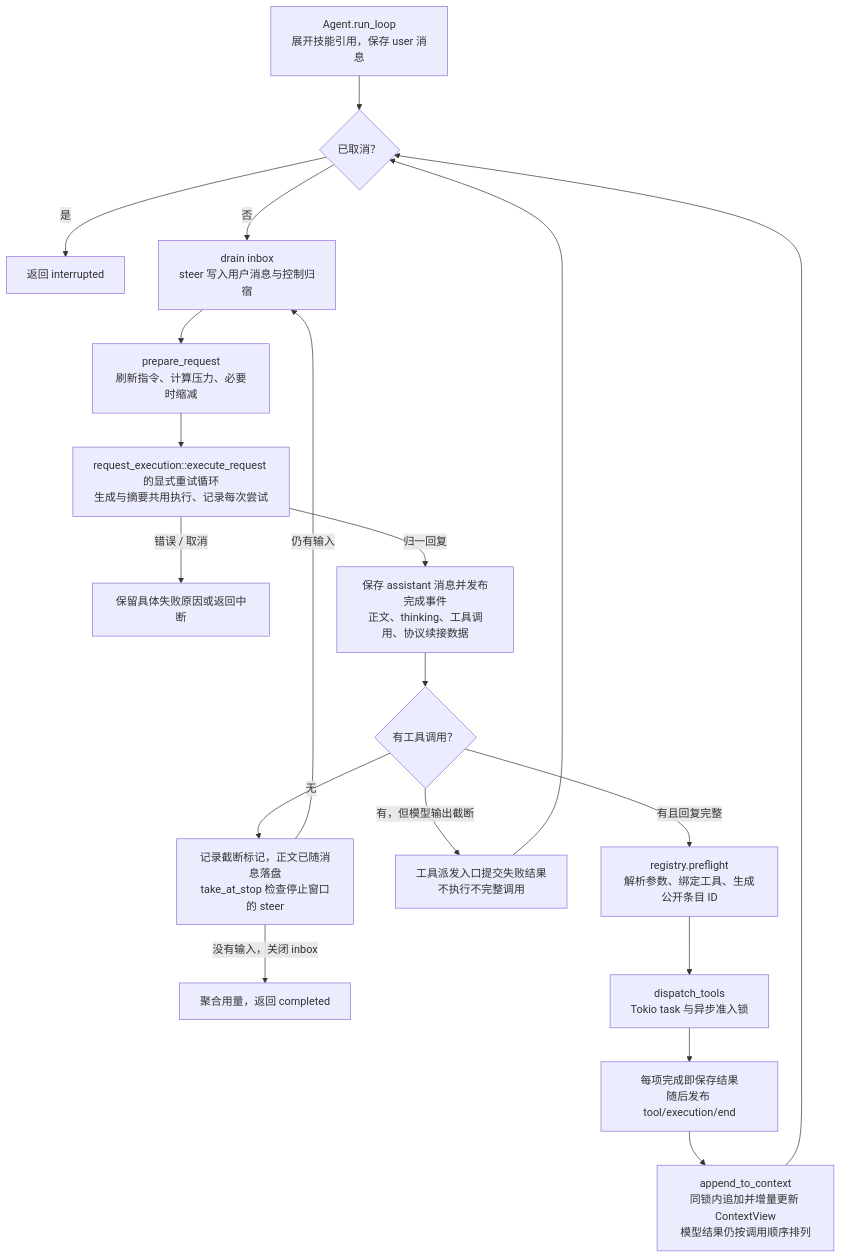
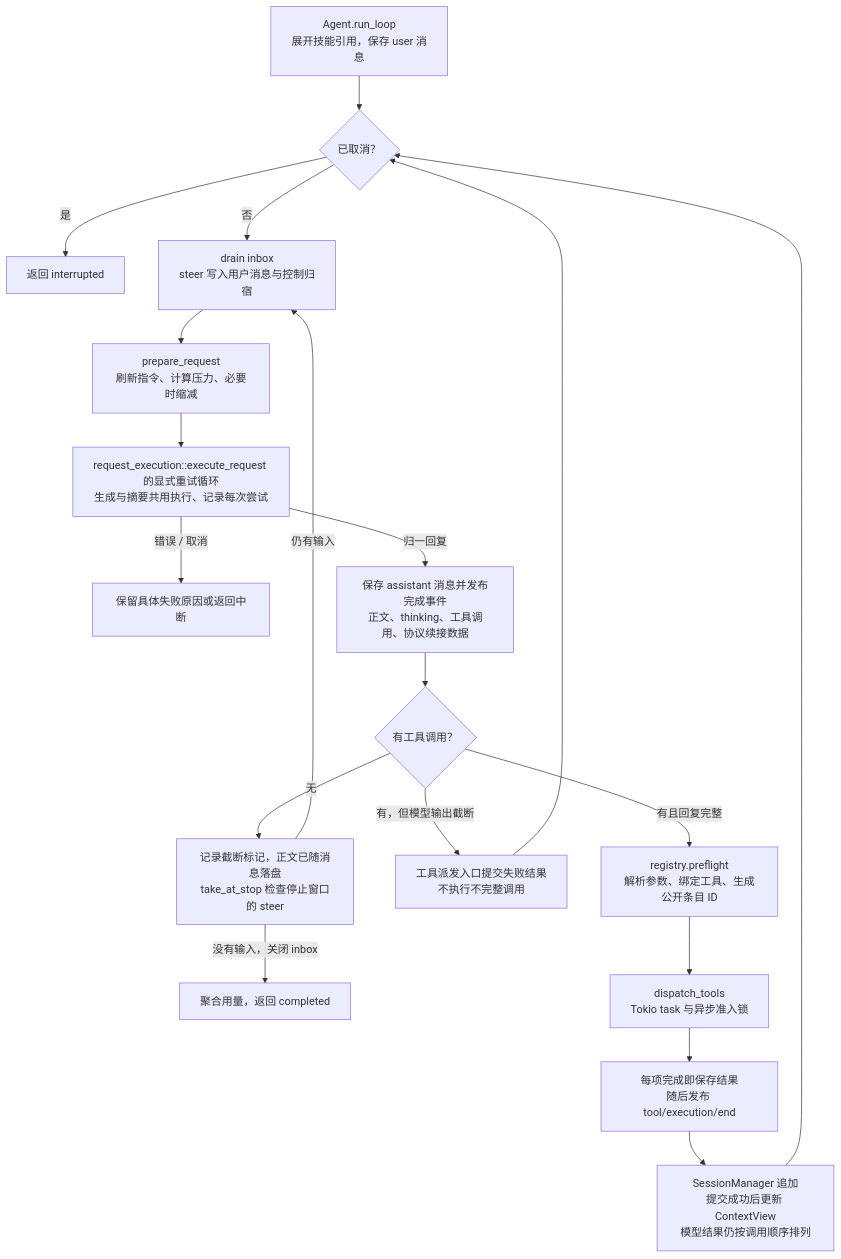
One commit to qjcnmd/singularity-agent changed diagram 14 of 29 in docs/architecture.md. Above: the diagram before and after it, drawn with Mermaid. The commit also changed other lines of this file and 19 other files, not shown here.

Commit message:
Move context usage tracking into the session ledger

````diff
--- a/docs/architecture.md
+++ b/docs/architecture.md
@@ -395,21 +396,21 @@
 ```mermaid
 flowchart TB
     Input["Agent.run_loop<br/>展开技能引用，保存 user 消息"] --> Cancel{"已取消？"}
     Cancel -->|"是"| Abort["返回 interrupted"]
     Cancel -->|"否"| Inbox["drain inbox<br/>steer 写入用户消息与控制归宿"]
     Inbox --> Prepare["prepare_request<br/>刷新指令、计算压力、必要时缩减"]
     Prepare --> Request["request_execution::execute_request 的显式重试循环<br/>生成与摘要共用执行、记录每次尝试"]
     Request -->|"错误 / 取消"| Failure["保留具体失败原因或返回中断"]
     Request -->|"归一回复"| Assistant["保存 assistant 消息并发布完成事件<br/>正文、thinking、工具调用、协议续接数据"]
     Assistant --> Calls{"有工具调用？"}
     Calls -->|"无"| Stop["记录截断标记，正文已随消息落盘<br/>take_at_stop 检查停止窗口的 steer"]
     Stop -->|"仍有输入"| Inbox
     Stop -->|"没有输入，关闭 inbox"| Completed["聚合用量，返回 completed"]
     Calls -->|"有，但模型输出截断"| Truncated["工具派发入口提交失败结果<br/>不执行不完整调用"]
     Truncated --> Cancel
     Calls -->|"有且回复完整"| Preflight["registry.preflight<br/>解析参数、绑定工具、生成公开条目 ID"]
     Preflight --> Dispatch["dispatch_tools<br/>Tokio task 与异步准入锁"]
     Dispatch --> Results["每项完成即保存结果<br/>随后发布 tool/execution/end"]
-    Results --> Context["append_to_context<br/>同锁内追加并增量更新 ContextView<br/>模型结果仍按调用顺序排列"]
+    Results --> Context["SessionManager 追加<br/>提交成功后更新 ContextView<br/>模型结果仍按调用顺序排列"]
     Context --> Cancel
 ```
````
